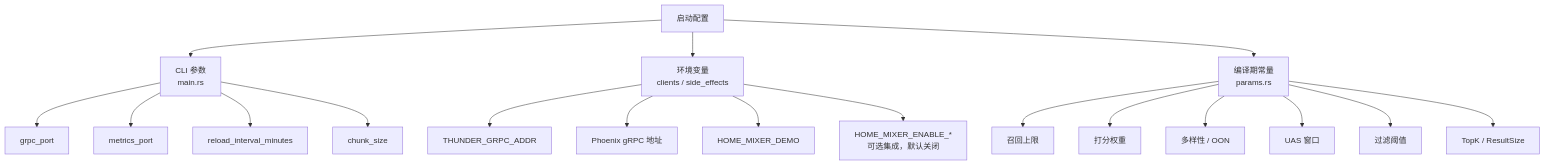
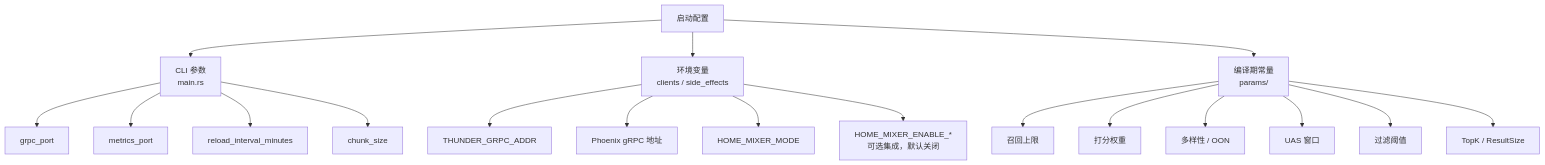
One commit to freefcw/x-algorithm changed the first of 3 diagrams in docs/home-mixer/07-config-and-params.md. Above: the diagram before and after it, drawn with Mermaid. The commit also changed other lines of this file and 44 other files, not shown here.

````diff
--- a/docs/home-mixer/07-config-and-params.md
+++ b/docs/home-mixer/07-config-and-params.md
@@ -17,23 +17,23 @@
 ```mermaid
 flowchart TD
     A["启动配置"] --> B["CLI 参数<br/>main.rs"]
     A --> C["环境变量<br/>clients / side_effects"]
-    A --> D["编译期常量<br/>params.rs"]
+    A --> D["编译期常量<br/>params/"]
 
     B --> B1["grpc_port"]
     B --> B2["metrics_port"]
     B --> B3["reload_interval_minutes"]
     B --> B4["chunk_size"]
 
     C --> C1["THUNDER_GRPC_ADDR"]
     C --> C2["Phoenix gRPC 地址"]
-    C --> C3["HOME_MIXER_DEMO"]
+    C --> C3["HOME_MIXER_MODE"]
     C --> C4["HOME_MIXER_ENABLE_*<br/>可选集成，默认关闭"]
 
     D --> D1["召回上限"]
     D --> D2["打分权重"]
     D --> D3["多样性 / OON"]
     D --> D4["UAS 窗口"]
     D --> D5["过滤阈值"]
     D --> D6["TopK / ResultSize"]
 ```
````
